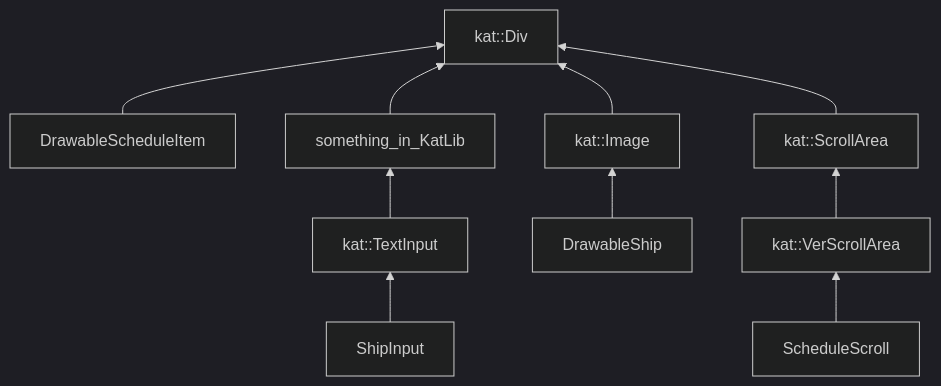
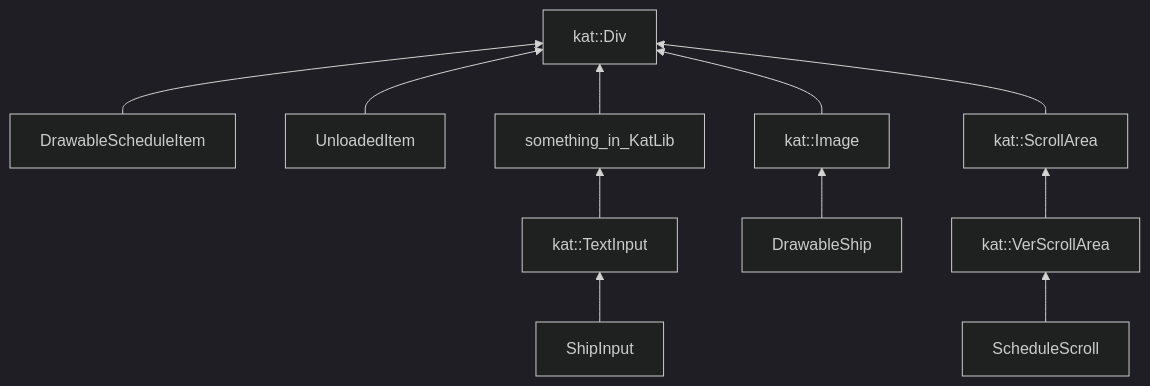
The first of 4 diagrams in report.md (Katarni/Seaport), drawn with Mermaid (dark theme) before and after one commit. The commit also changed other lines of this file and 1 other file, not shown here.

````diff
--- a/report.md
+++ b/report.md
@@ -12,12 +12,13 @@
 ```mermaid
 graph BT;
 	DrawableScheduleItem-->kat::Div;
+	UnloadedItem-->kat::Div;
 	ShipInput-->kat::TextInput;
 	kat::TextInput-->something_in_KatLib;
 	something_in_KatLib-->kat::Div;
 	kat::Image-->kat::Div;
 	kat::ScrollArea-->kat::Div;
 	kat::VerScrollArea-->kat::ScrollArea;
 	ScheduleScroll-->kat::VerScrollArea;
 	DrawableShip-->kat::Image;
 ```
````
